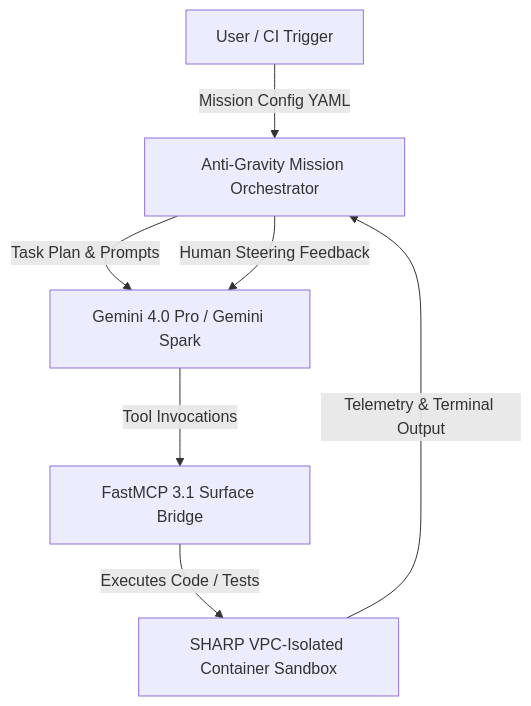
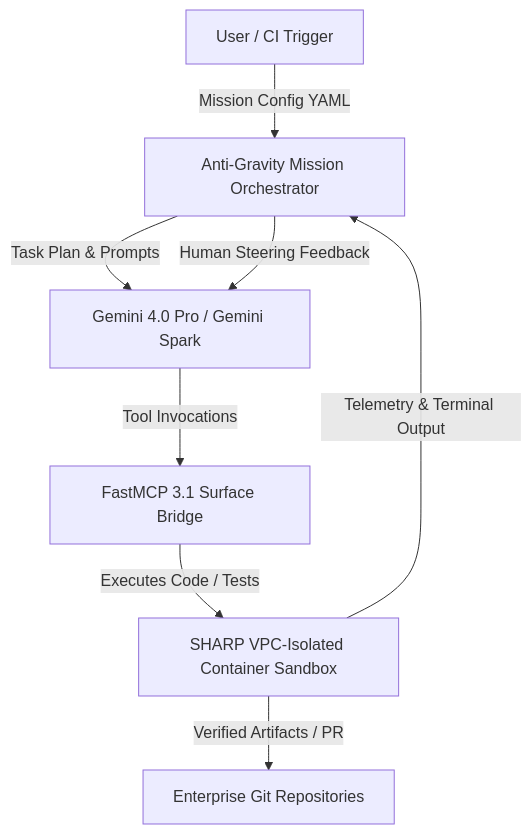
The first of 2 diagrams in docs/tools/development_ops/anti_gravity.md (joanmarcriera/Home-office-automations), drawn with Mermaid before and after one commit. The commit also changed other lines of this file and 5 other files, not shown here.

````diff
--- a/docs/tools/development_ops/anti_gravity.md
+++ b/docs/tools/development_ops/anti_gravity.md
@@ -26,9 +24,10 @@
 ```mermaid
 graph TD
     A[User / CI Trigger] -->|Mission Config YAML| B[Anti-Gravity Mission Orchestrator]
     B -->|Task Plan & Prompts| C[Gemini 4.0 Pro / Gemini Spark]
     C -->|Tool Invocations| D[FastMCP 3.1 Surface Bridge]
     D -->|Executes Code / Tests| E[SHARP VPC-Isolated Container Sandbox]
     E -->|Telemetry & Terminal Output| B
     B -->|Human Steering Feedback| C
+    E -->|Verified Artifacts / PR| F[Enterprise Git Repositories]
 ```
````
